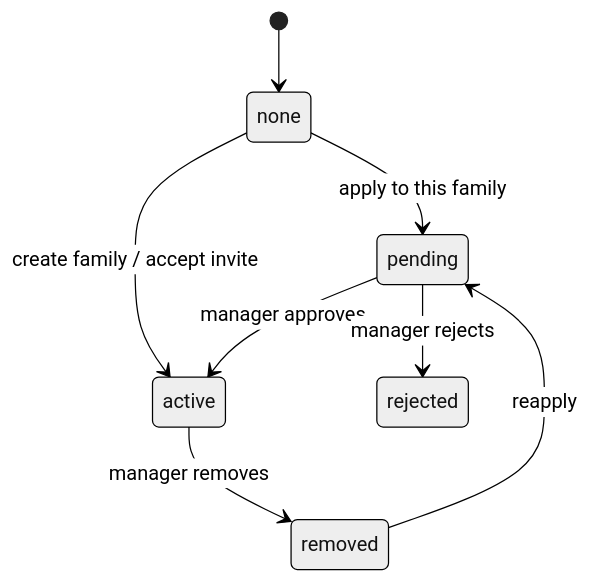
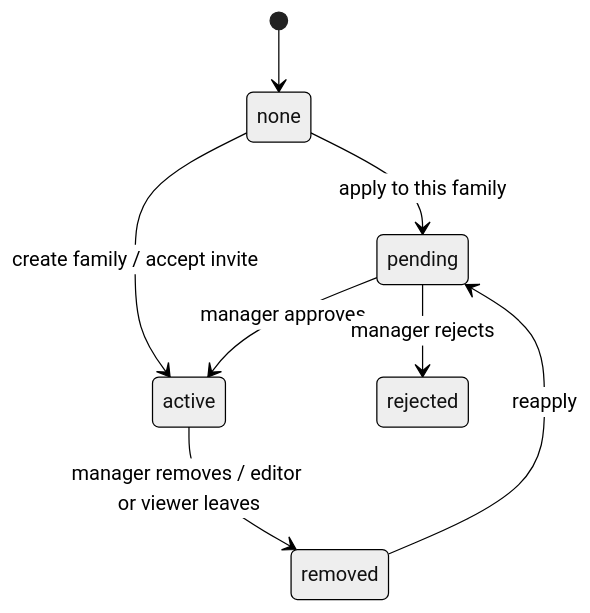
Before and after one commit to wangyu-bytedance/push_kids: the fourth of 7 diagrams in specs/active/FEAT-002-MULTI-FAMILY-CHILD-TENANT-ISOLATION.md, drawn with Mermaid (neutral theme). The commit also changed other lines of this file and 53 other files, not shown here.

````diff
--- a/specs/active/FEAT-002-MULTI-FAMILY-CHILD-TENANT-ISOLATION.md
+++ b/specs/active/FEAT-002-MULTI-FAMILY-CHILD-TENANT-ISOLATION.md
@@ -191,10 +212,10 @@
 ```mermaid
 stateDiagram-v2
   [*] --> none
   none --> pending: apply to this family
   none --> active: create family / accept invite
   pending --> active: manager approves
   pending --> rejected: manager rejects
-  active --> removed: manager removes
+  active --> removed: manager removes / editor or viewer leaves
   removed --> pending: reapply
 ```
````
